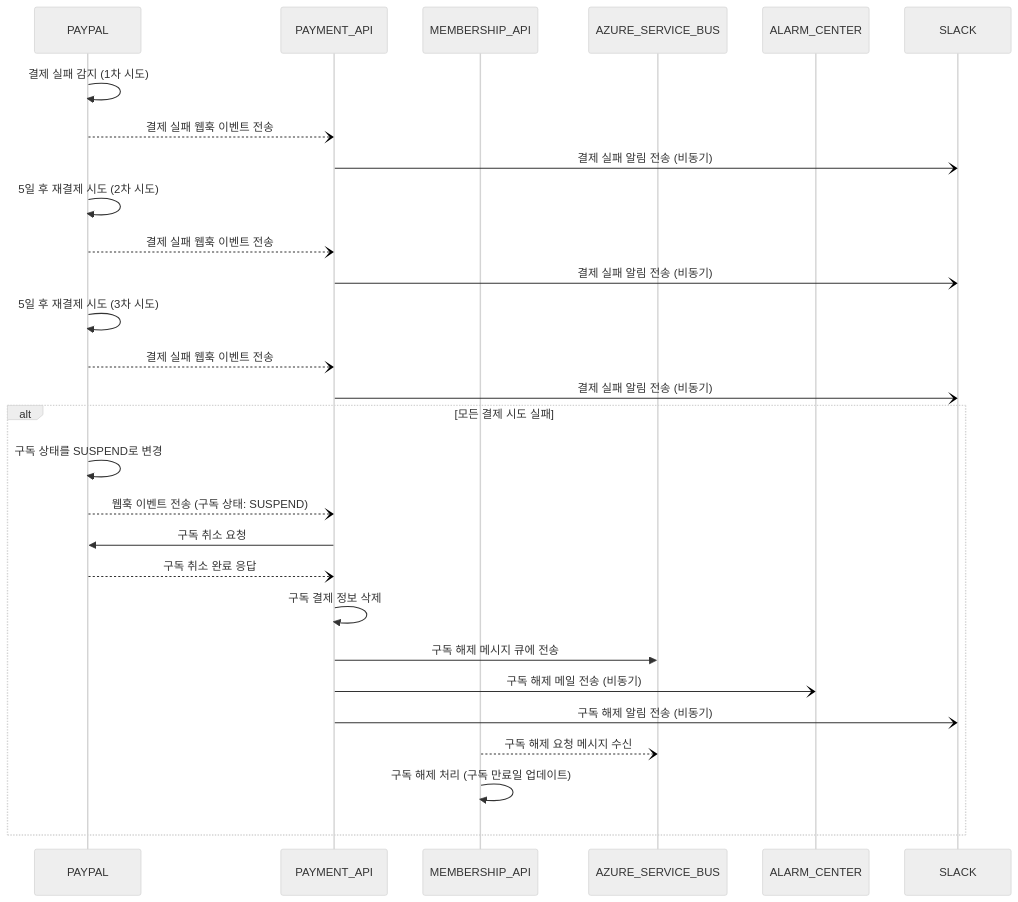
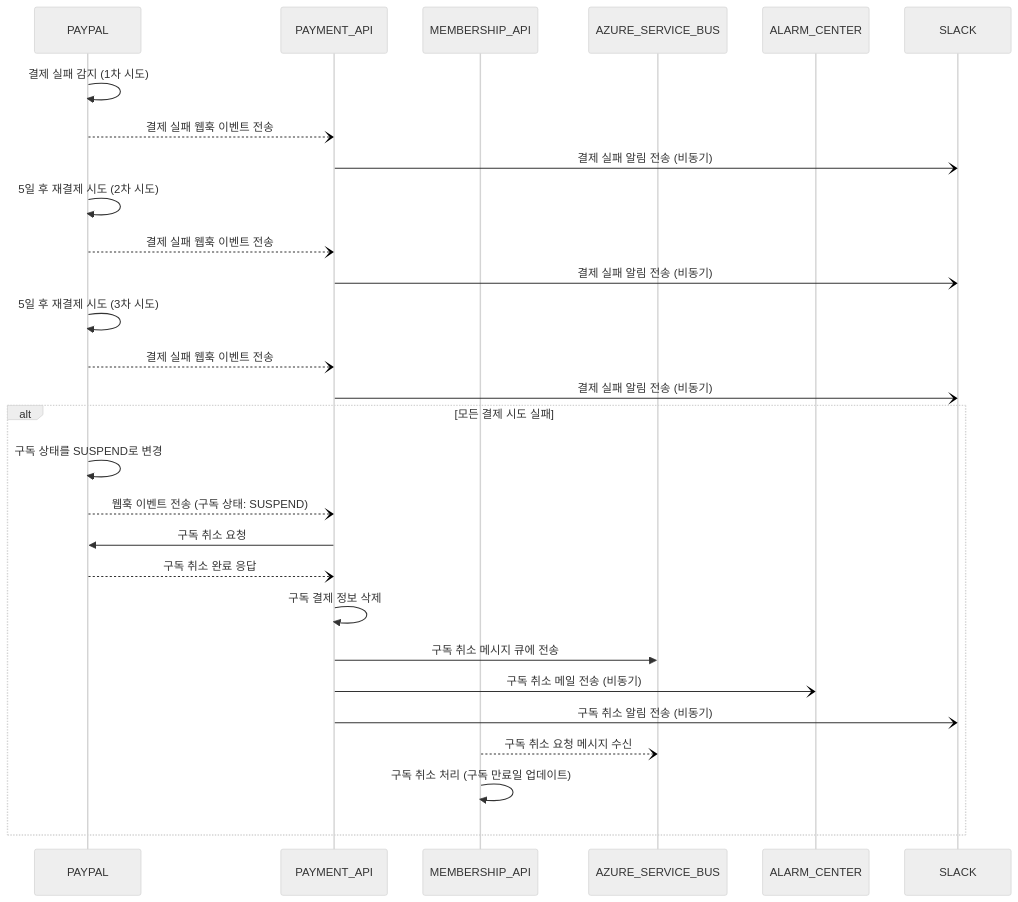
One commit to ysiksik/ysiksik.github.io changed the ninth of 12 diagrams in _posts/project/logistics/2025-02-28-SubscriptionPayments-PAYPAL.md. Above: the diagram before and after it, drawn with Mermaid (neutral theme). The commit also changed other lines of this file and 2 other files, not shown here.

```diff
--- a/_posts/project/logistics/2025-02-28-SubscriptionPayments-PAYPAL.md
+++ b/_posts/project/logistics/2025-02-28-SubscriptionPayments-PAYPAL.md
@@ -355,34 +370,34 @@
 ~~~mermaid
 
 sequenceDiagram
   participant PAYPAL
   participant PAYMENT_API
   participant MEMBERSHIP_API
   participant AZURE_SERVICE_BUS
   participant ALARM_CENTER
   participant SLACK
   PAYPAL->>PAYPAL: 결제 실패 감지 (1차 시도)
   PAYPAL--)PAYMENT_API: 결제 실패 웹훅 이벤트 전송
   PAYMENT_API-)SLACK: 결제 실패 알림 전송 (비동기)
   PAYPAL->>PAYPAL: 5일 후 재결제 시도 (2차 시도)
   PAYPAL--)PAYMENT_API: 결제 실패 웹훅 이벤트 전송
   PAYMENT_API-)SLACK: 결제 실패 알림 전송 (비동기)
   PAYPAL->>PAYPAL: 5일 후 재결제 시도 (3차 시도)
   PAYPAL--)PAYMENT_API: 결제 실패 웹훅 이벤트 전송
   PAYMENT_API-)SLACK: 결제 실패 알림 전송 (비동기)
   alt 모든 결제 시도 실패
     PAYPAL->>PAYPAL: 구독 상태를 SUSPEND로 변경
     PAYPAL--)PAYMENT_API: 웹훅 이벤트 전송 (구독 상태: SUSPEND)
     PAYMENT_API->>PAYPAL: 구독 취소 요청
     PAYPAL--)PAYMENT_API: 구독 취소 완료 응답
     PAYMENT_API->>PAYMENT_API: 구독 결제 정보 삭제
-    PAYMENT_API->>AZURE_SERVICE_BUS: 구독 해제 메시지 큐에 전송
-    PAYMENT_API-)ALARM_CENTER: 구독 해제 메일 전송 (비동기)
-    PAYMENT_API-)SLACK: 구독 해제 알림 전송 (비동기)
-    MEMBERSHIP_API--)AZURE_SERVICE_BUS: 구독 해제 요청 메시지 수신
-    MEMBERSHIP_API->>MEMBERSHIP_API: 구독 해제 처리 (구독 만료일 업데이트)
+    PAYMENT_API->>AZURE_SERVICE_BUS: 구독 취소 메시지 큐에 전송
+    PAYMENT_API-)ALARM_CENTER: 구독 취소 메일 전송 (비동기)
+    PAYMENT_API-)SLACK: 구독 취소 알림 전송 (비동기)
+    MEMBERSHIP_API--)AZURE_SERVICE_BUS: 구독 취소 요청 메시지 수신
+    MEMBERSHIP_API->>MEMBERSHIP_API: 구독 취소 처리 (구독 만료일 업데이트)
   end
 
 
 
 ~~~
```
